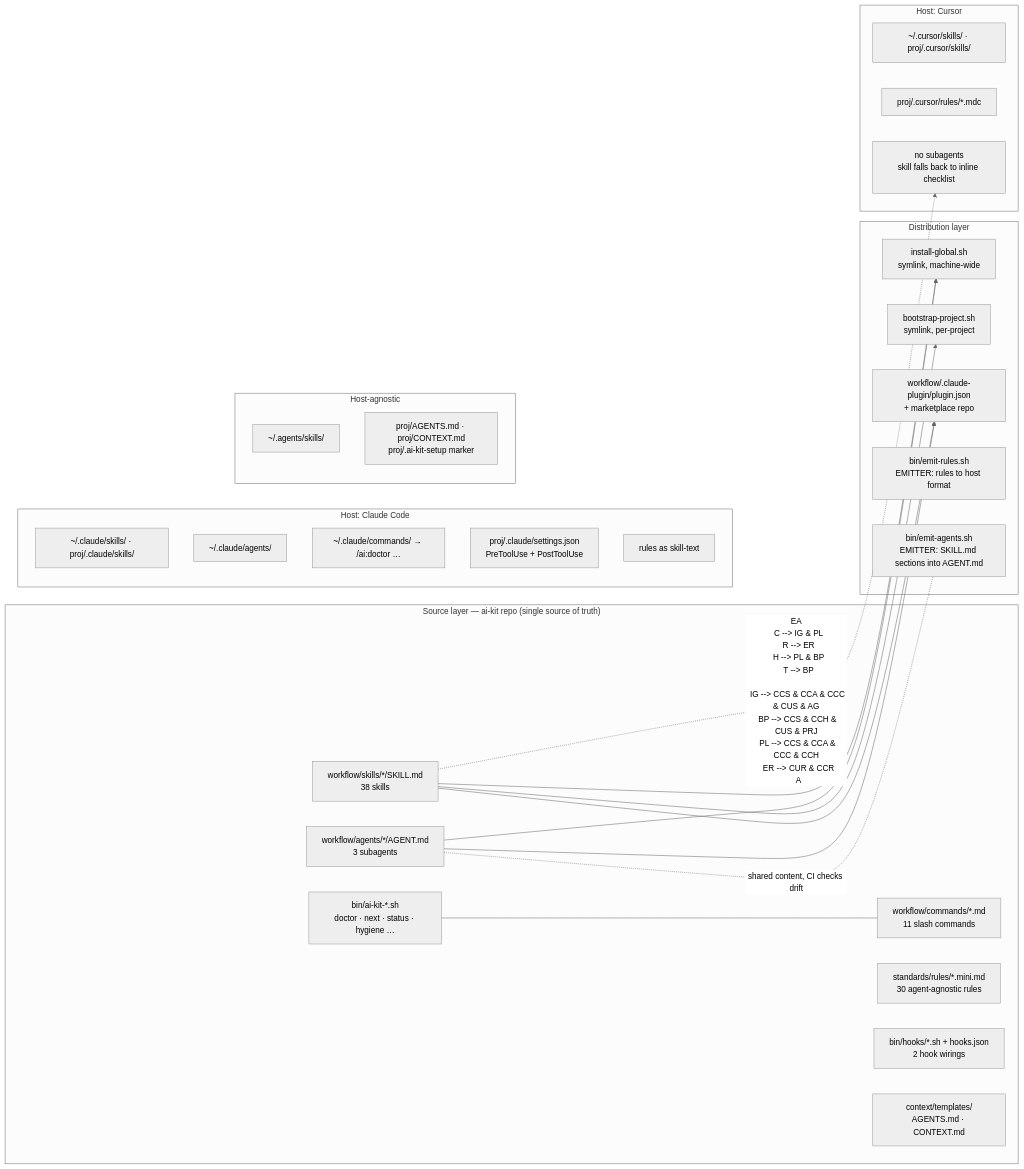
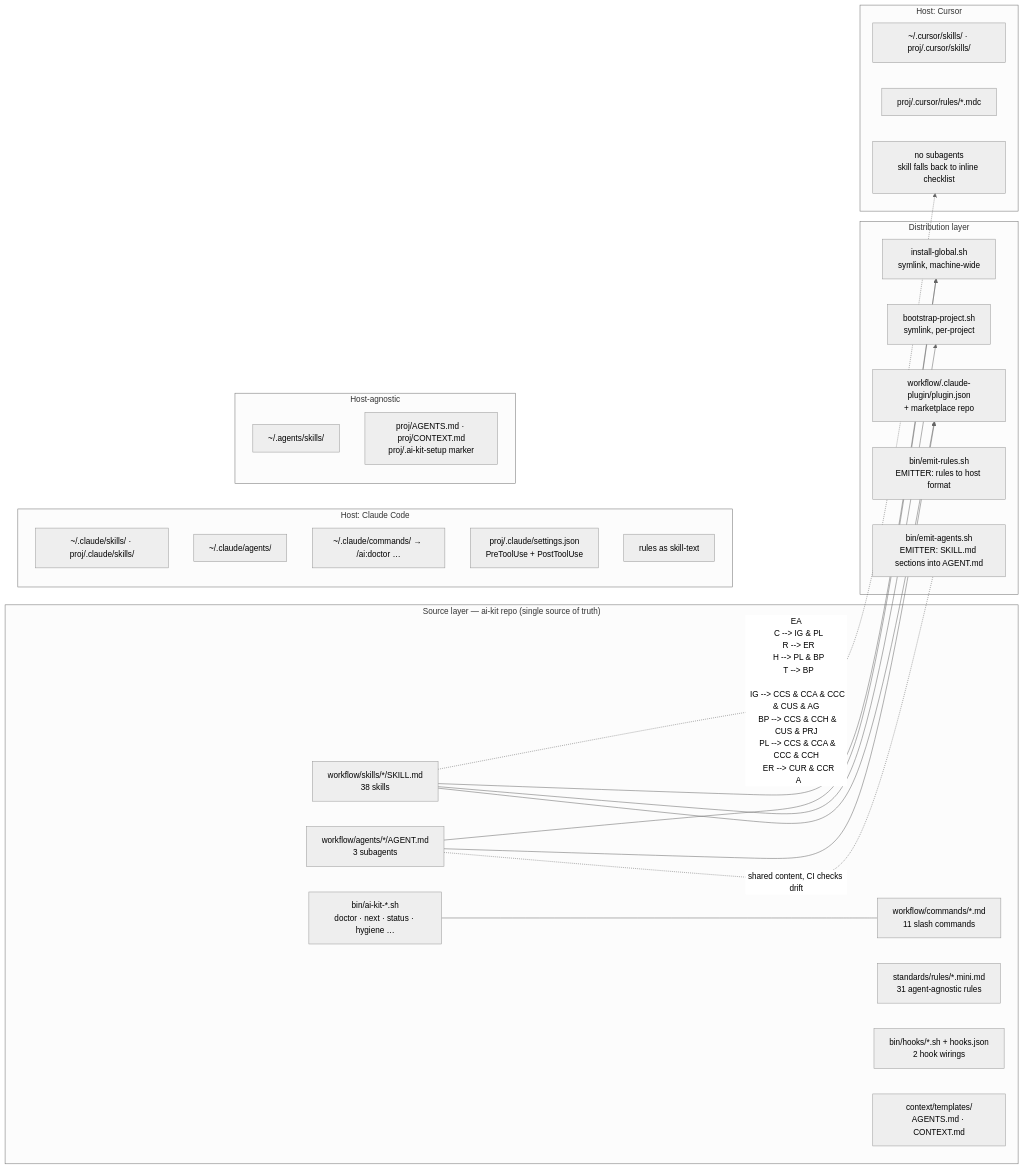
One commit to yusufkaracaburun/ai-kit changed the first of 2 diagrams in docs/diagrams.md. Above: the diagram before and after it, drawn with Mermaid (neutral theme). The commit also changed 8 other files, not shown here.

````diff
--- a/docs/diagrams.md
+++ b/docs/diagrams.md
@@ -10,55 +10,55 @@
 ```mermaid
 flowchart LR
   subgraph SRC["Source layer — ai-kit repo (single source of truth)"]
     S["workflow/skills/*/SKILL.md<br/>38 skills"]
     A["workflow/agents/*/AGENT.md<br/>3 subagents"]
     C["workflow/commands/*.md<br/>11 slash commands"]
-    R["standards/rules/*.mini.md<br/>30 agent-agnostic rules"]
+    R["standards/rules/*.mini.md<br/>31 agent-agnostic rules"]
     H["bin/hooks/*.sh + hooks.json<br/>2 hook wirings"]
     B["bin/ai-kit-*.sh<br/>doctor · next · status · hygiene …"]
     T["context/templates/<br/>AGENTS.md · CONTEXT.md"]
   end
 
   subgraph DIST["Distribution layer"]
     IG["install-global.sh<br/>symlink, machine-wide"]
     BP["bootstrap-project.sh<br/>symlink, per-project"]
     PL["workflow/.claude-plugin/plugin.json<br/>+ marketplace repo"]
     ER["bin/emit-rules.sh<br/>EMITTER: rules to host format"]
     EA["bin/emit-agents.sh<br/>EMITTER: SKILL.md sections into AGENT.md"]
   end
 
   subgraph CC["Host: Claude Code"]
     CCS["~/.claude/skills/ · proj/.claude/skills/"]
     CCA["~/.claude/agents/"]
     CCC["~/.claude/commands/ → /ai:doctor …"]
     CCH["proj/.claude/settings.json<br/>PreToolUse + PostToolUse"]
     CCR["rules as skill-text"]
   end
 
   subgraph CU["Host: Cursor"]
     CUS["~/.cursor/skills/ · proj/.cursor/skills/"]
     CUR["proj/.cursor/rules/*.mdc"]
     CUN["no subagents<br/>skill falls back to inline checklist"]
   end
 
   subgraph HA["Host-agnostic"]
     AG["~/.agents/skills/"]
     PRJ["proj/AGENTS.md · proj/CONTEXT.md<br/>proj/.ai-kit-setup marker"]
   end
 
   S --> IG & BP & PL
   A --> IG & PL
   A -. "shared content, CI checks drift" .- EA
   S -. EA
   C --> IG & PL
   R --> ER
   H --> PL & BP
   T --> BP
 
   IG --> CCS & CCA & CCC & CUS & AG
   BP --> CCS & CCH & CUS & PRJ
   PL --> CCS & CCA & CCC & CCH
   ER --> CUR & CCR
   A -.-> CUN
   B --- C
 ```
````
